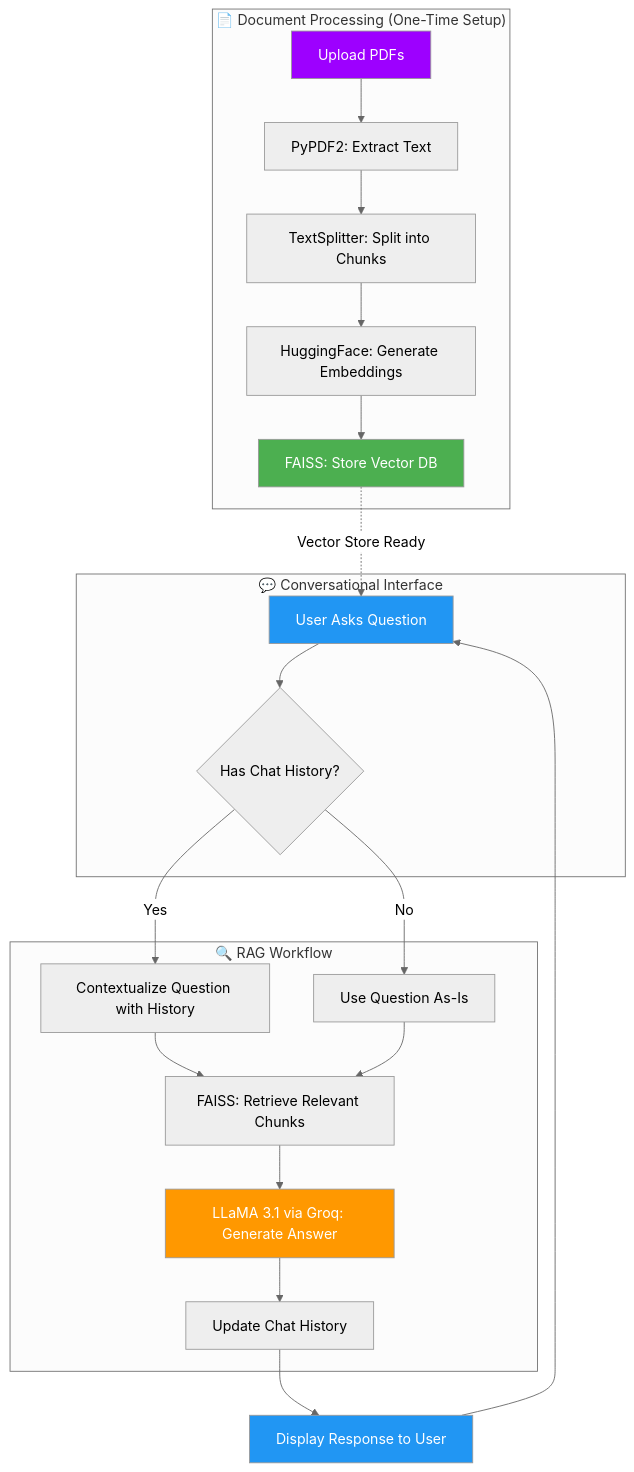
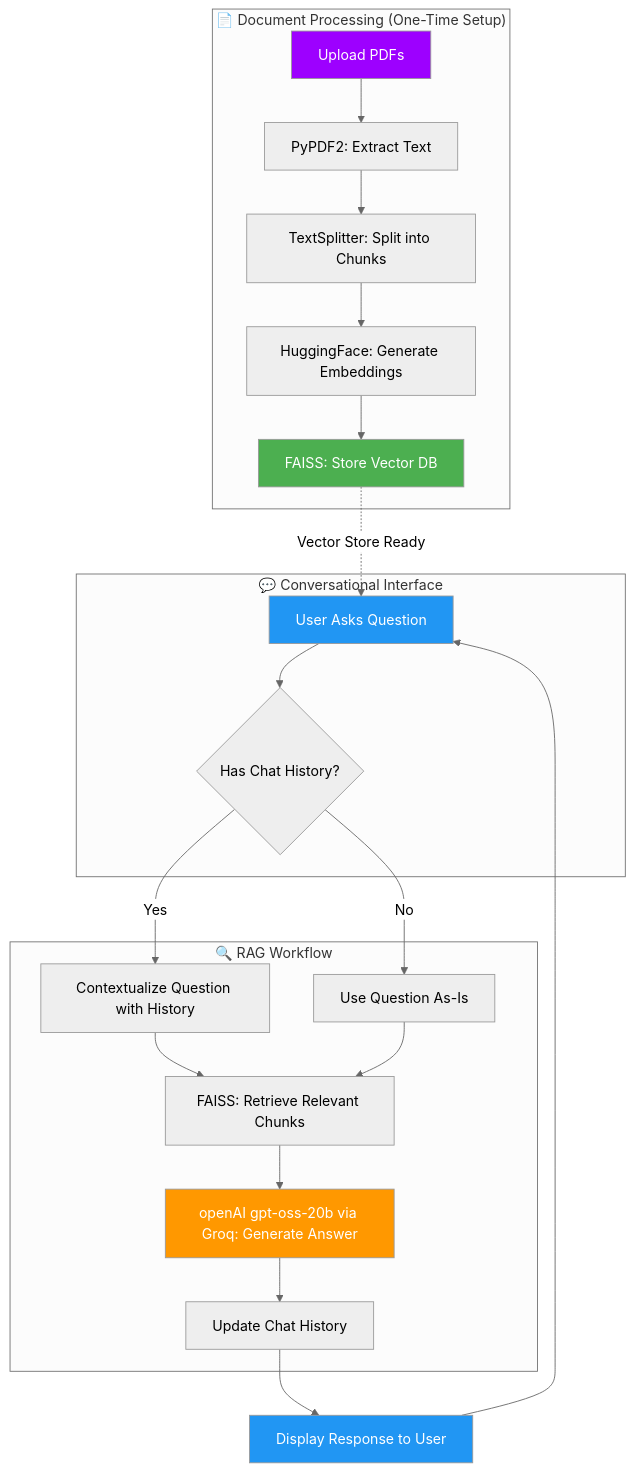
One commit to aryanguptacsvtu/DocuMind changed the diagram in README.md. Above: the diagram before and after it, drawn with Mermaid (neutral theme). The commit also changed other lines of this file, not shown here.

````diff
--- a/README.md
+++ b/README.md
@@ -28,33 +28,33 @@
 ```mermaid
 graph TB
     subgraph Setup["📄 Document Processing (One-Time Setup)"]
         A[Upload PDFs] --> B[PyPDF2: Extract Text]
         B --> C[TextSplitter: Split into Chunks]
         C --> D[HuggingFace: Generate Embeddings]
         D --> E[FAISS: Store Vector DB]
     end
     
     subgraph Chat["💬 Conversational Interface"]
         F[User Asks Question]
         F --> G{Has Chat History?}
     end
     
     subgraph RAG["🔍 RAG Workflow"]
         G -->|Yes| H[Contextualize Question with History]
         G -->|No| I[Use Question As-Is]
         H --> J[FAISS: Retrieve Relevant Chunks]
         I --> J
-        J --> K[LLaMA 3.1 via Groq: Generate Answer]
+        J --> K[openAI gpt-oss-20b via Groq: Generate Answer]
         K --> L[Update Chat History]
     end
     
     L --> M[Display Response to User]
     M --> F
     E -.->|Vector Store Ready| F
     
     style A fill:#9D00FF,color:#fff
     style E fill:#4CAF50,color:#fff
     style F fill:#2196F3,color:#fff
     style K fill:#FF9800,color:#fff
     style M fill:#2196F3,color:#fff
 ```
````
